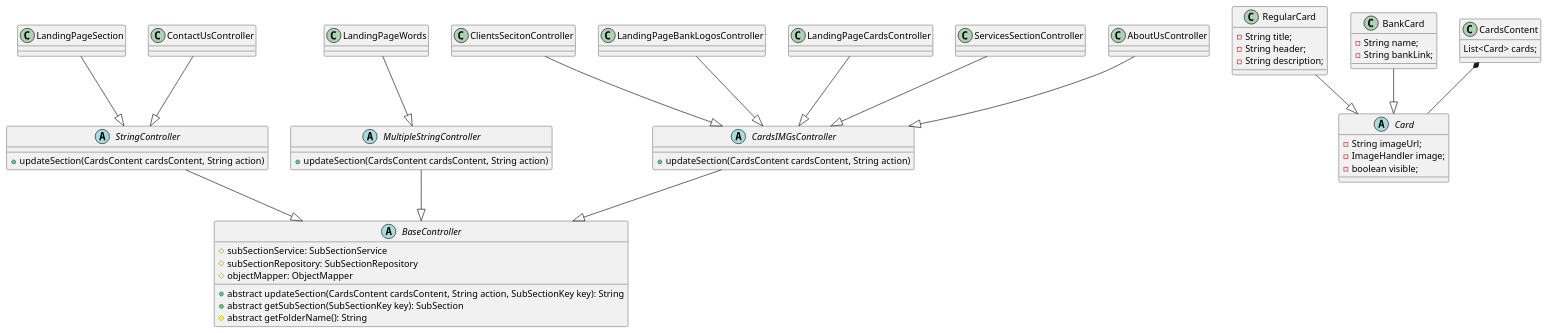
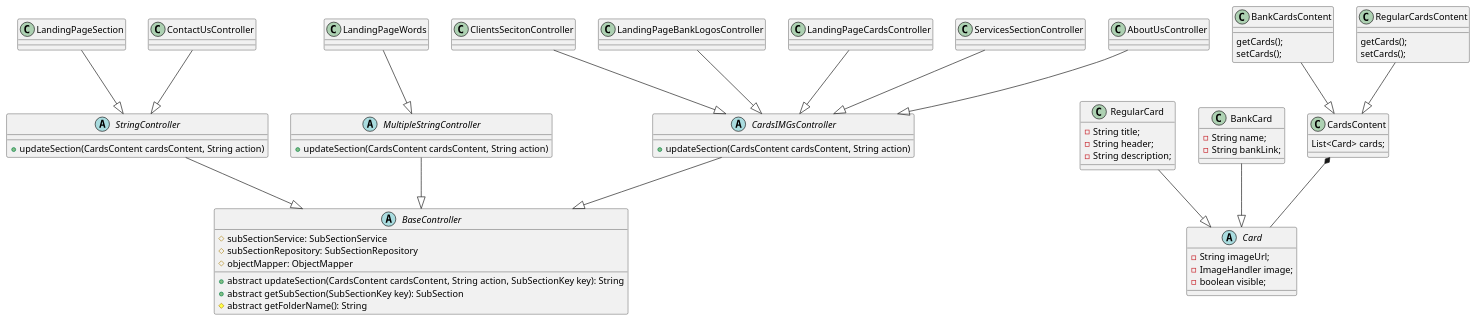
One commit to aamer867/el.waleed-api changed the diagram in docs/uml/cardsIMGsController.puml. Above: the diagram before and after it, drawn with PlantUML. The commit also changed 12 other files, not shown here.

```diff
--- a/docs/uml/cardsIMGsController.puml
+++ b/docs/uml/cardsIMGsController.puml
@@ -1,64 +1,73 @@
 @startuml
 abstract class BaseController {
     #subSectionService: SubSectionService
     #subSectionRepository: SubSectionRepository
     #objectMapper: ObjectMapper
 
     + abstract updateSection(CardsContent cardsContent, String action, SubSectionKey key): String
     + abstract getSubSection(SubSectionKey key): SubSection
     # abstract getFolderName(): String
 }
 
 abstract class StringController {
     + updateSection(CardsContent cardsContent, String action)
 }
 abstract class MultipleStringController {
     + updateSection(CardsContent cardsContent, String action)
 }
 LandingPageWords --|> MultipleStringController
 LandingPageSection --|> StringController
 ContactUsController --|> StringController
 StringController --|> BaseController
 MultipleStringController --|> BaseController
 
 abstract class CardsIMGsController {
     + updateSection(CardsContent cardsContent, String action)
 }
 
 CardsIMGsController --|> BaseController
 
 ClientsSecitonController --|> CardsIMGsController
 LandingPageBankLogosController --|> CardsIMGsController
 LandingPageCardsController --|> CardsIMGsController
 ServicesSectionController --|> CardsIMGsController
 AboutUsController --|> CardsIMGsController
 
 
 Abstract class Card {
     - String imageUrl;
     - ImageHandler image;
     - boolean visible;
 
 }
 
 class RegularCard {
     - String title;
     - String header;
     - String description;
 }
 
 class BankCard {
     - String name;
     - String bankLink;
 }
 
 class CardsContent {
     List<Card> cards;
 }
+class BankCardsContent {
+    getCards();
+    setCards();
+}
+class RegularCardsContent {
+    getCards();
+    setCards();
+}
 
 CardsContent *-- Card
 BankCard --|> Card
 RegularCard --|> Card
-
+BankCardsContent --|> CardsContent
+RegularCardsContent --|> CardsContent
 
 @enduml
```
